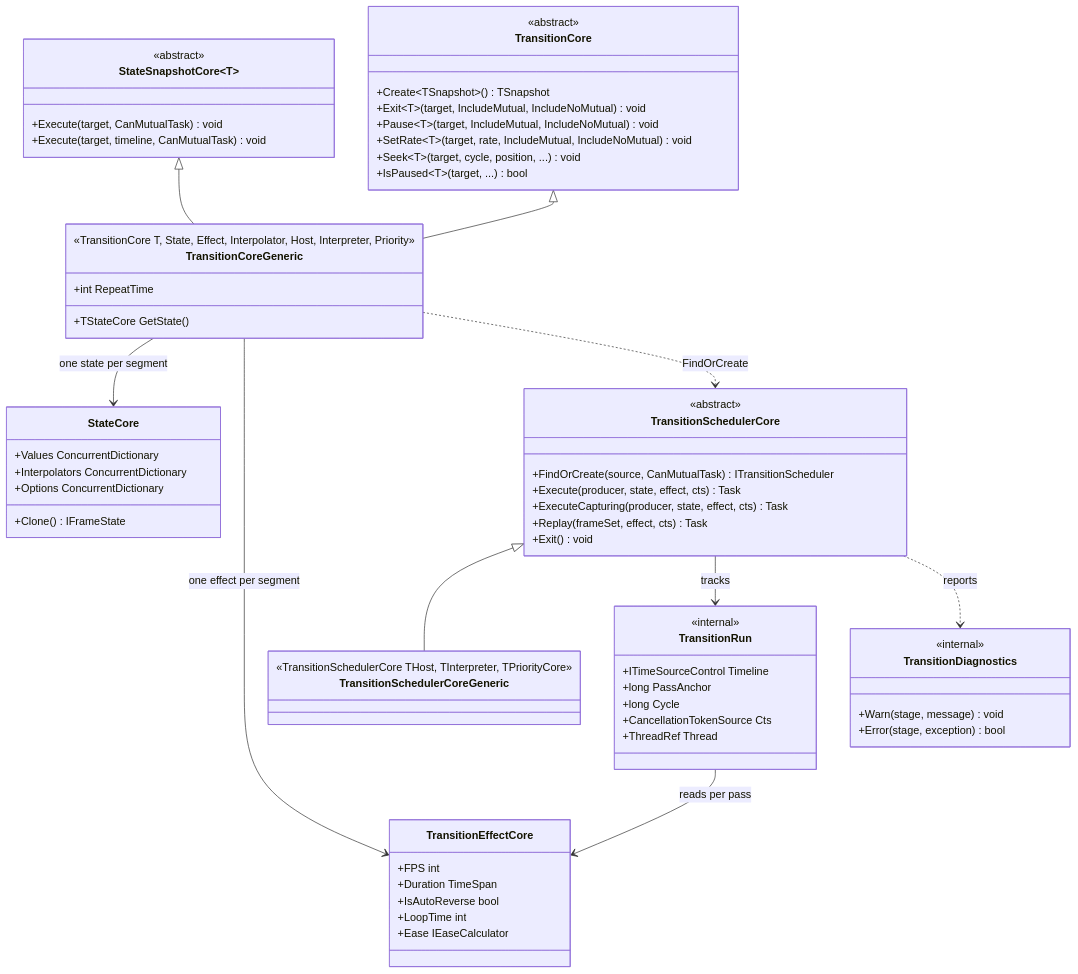
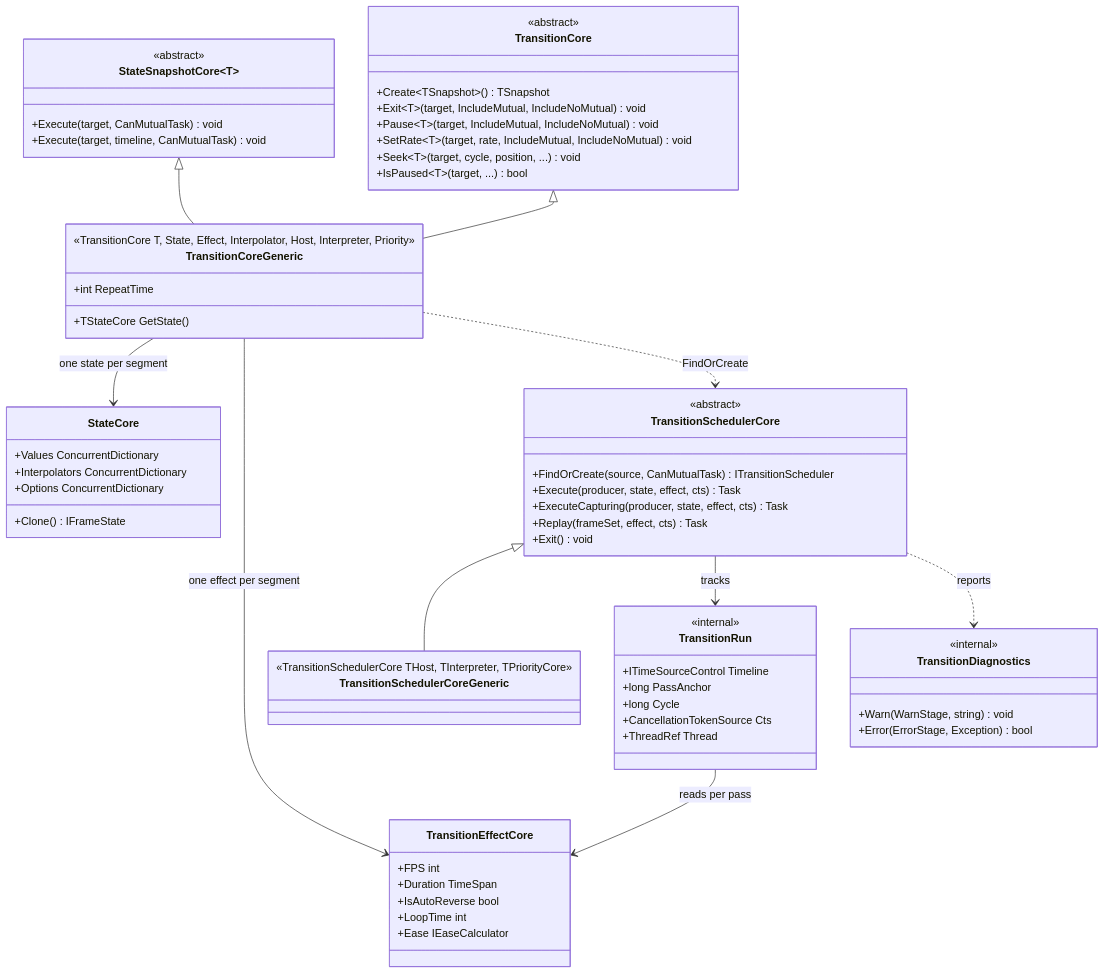
Before and after one commit to Axvser/VeloxDev.Docs: the diagram in src/CloudGlyph/Assets/Docs/content/en/3_SE_Analysis/02_design-patterns/03_transition/02_builder-and-scheduler/index.md, drawn with Mermaid. The commit also changed other lines of this file and 78 other files, not shown here.

````diff
--- a/src/CloudGlyph/Assets/Docs/content/en/3_SE_Analysis/02_design-patterns/03_transition/02_builder-and-scheduler/index.md
+++ b/src/CloudGlyph/Assets/Docs/content/en/3_SE_Analysis/02_design-patterns/03_transition/02_builder-and-scheduler/index.md
@@ -7,69 +7,69 @@
 ```mermaid
 classDiagram
     class TransitionCore {
         <<abstract>>
         +Create~TSnapshot~() TSnapshot
         +Exit~T~(target, IncludeMutual, IncludeNoMutual) void
         +Pause~T~(target, IncludeMutual, IncludeNoMutual) void
         +SetRate~T~(target, rate, IncludeMutual, IncludeNoMutual) void
         +Seek~T~(target, cycle, position, ...) void
         +IsPaused~T~(target, ...) bool
     }
     class StateSnapshotCore~T~ {
         <<abstract>>
         +Execute(target, CanMutualTask) void
         +Execute(target, timeline, CanMutualTask) void
     }
     class TransitionCoreGeneric {
         <<TransitionCore T, State, Effect, Interpolator, Host, Interpreter, Priority>>
         +int RepeatTime
         +TStateCore GetState()
     }
     class StateCore {
         +Values ConcurrentDictionary
         +Interpolators ConcurrentDictionary
         +Options ConcurrentDictionary
         +Clone() IFrameState
     }
     class TransitionSchedulerCore {
         <<abstract>>
         +FindOrCreate(source, CanMutualTask) ITransitionScheduler
         +Execute(producer, state, effect, cts) Task
         +ExecuteCapturing(producer, state, effect, cts) Task
         +Replay(frameSet, effect, cts) Task
         +Exit() void
     }
     class TransitionSchedulerCoreGeneric {
         <<TransitionSchedulerCore THost, TInterpreter, TPriorityCore>>
     }
     class TransitionRun {
         <<internal>>
         +ITimeSourceControl Timeline
         +long PassAnchor
         +long Cycle
         +CancellationTokenSource Cts
         +ThreadRef Thread
     }
     class TransitionDiagnostics {
         <<internal>>
-        +Warn(stage, message) void
-        +Error(stage, exception) bool
+        +Warn(WarnStage, string) void
+        +Error(ErrorStage, Exception) bool
     }
     class TransitionEffectCore {
         +FPS int
         +Duration TimeSpan
         +IsAutoReverse bool
         +LoopTime int
         +Ease IEaseCalculator
     }
 
     StateSnapshotCore~T~ <|-- TransitionCoreGeneric
     TransitionCore <|-- TransitionCoreGeneric
     TransitionCoreGeneric --> StateCore : one state per segment
     TransitionCoreGeneric --> TransitionEffectCore : one effect per segment
     TransitionCoreGeneric ..> TransitionSchedulerCore : FindOrCreate
     TransitionSchedulerCore <|-- TransitionSchedulerCoreGeneric
     TransitionSchedulerCore --> TransitionRun : tracks
     TransitionSchedulerCore ..> TransitionDiagnostics : reports
     TransitionRun --> TransitionEffectCore : reads per pass
 ```
````
